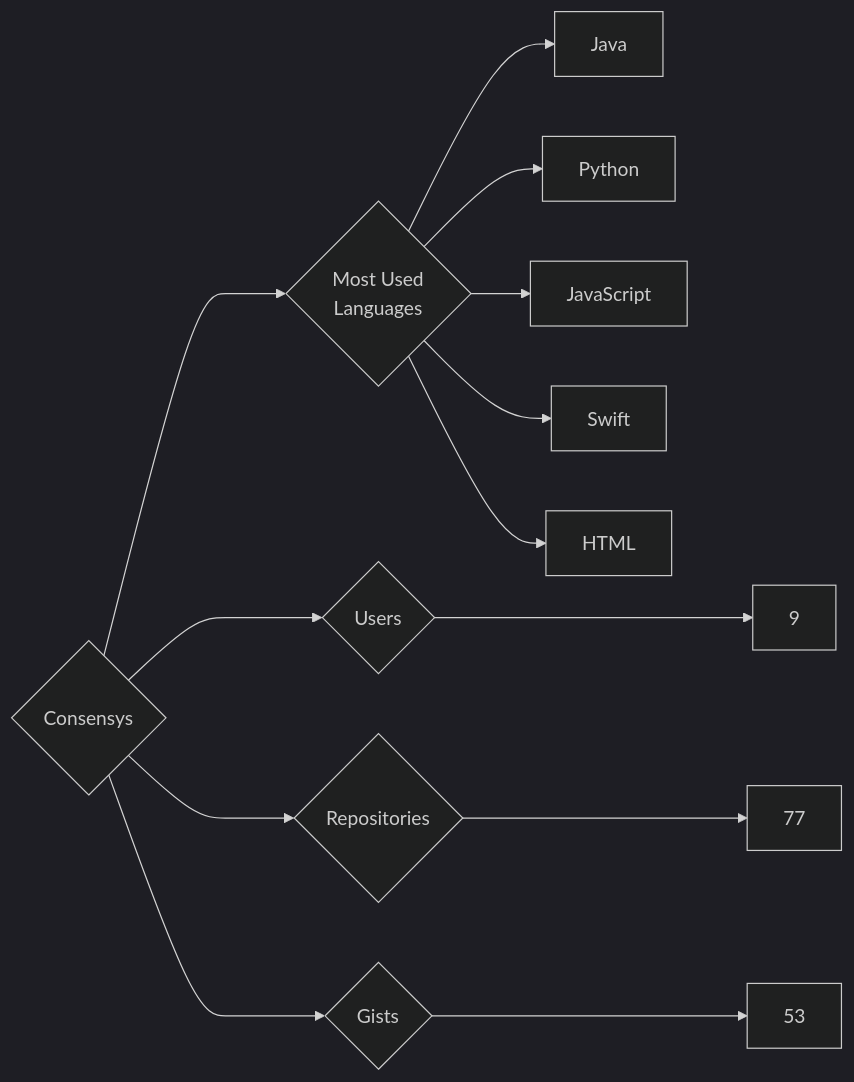
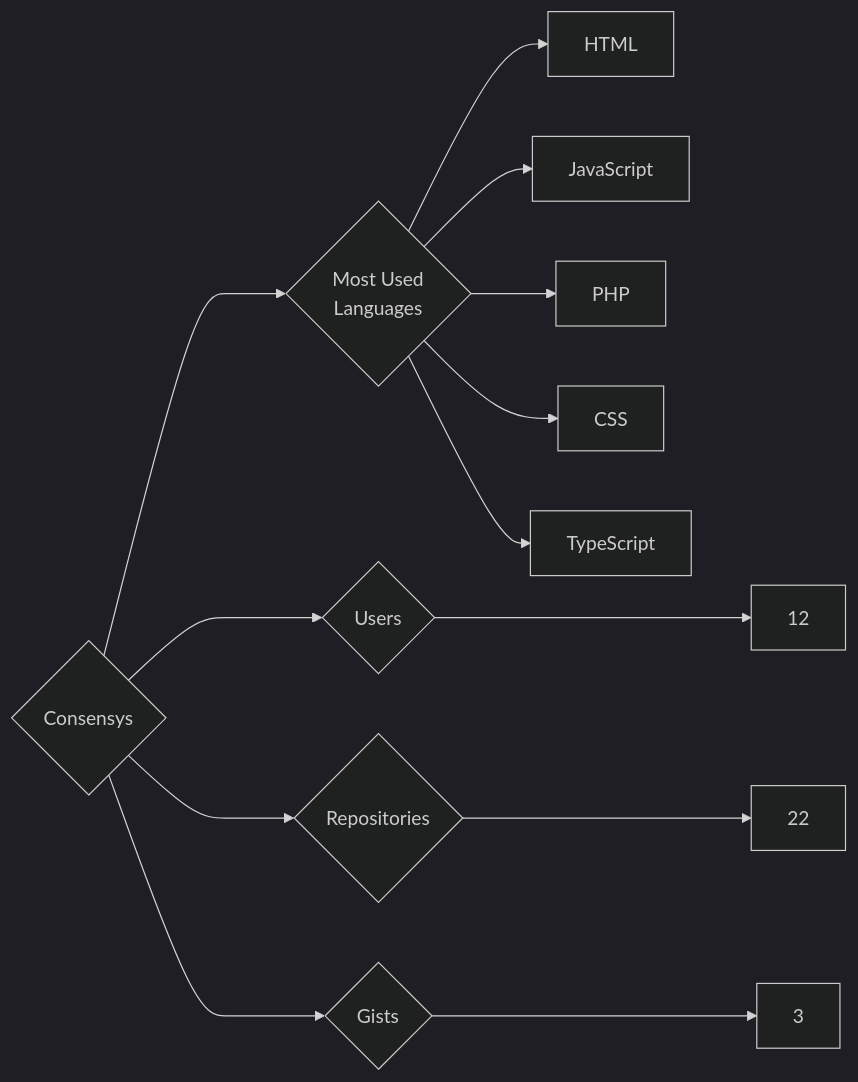
One commit to trickest/insiders changed the diagram in targets/Consensys/README.md. Above: the diagram before and after it, drawn with Mermaid (dark theme). The commit also changed 1123 other files, not shown here.

````diff
--- a/targets/Consensys/README.md
+++ b/targets/Consensys/README.md
@@ -3,13 +3,13 @@
 ```mermaid
 graph LR
 COMPANY_NAME{Consensys}
-COMPANY_NAME ---> U{Users} ---> UN[9]
-COMPANY_NAME ---> R{Repositories} ---> RN[77]
-COMPANY_NAME ---> G{Gists} ---> GN[53]
+COMPANY_NAME ---> U{Users} ---> UN[12]
+COMPANY_NAME ---> R{Repositories} ---> RN[22]
+COMPANY_NAME ---> G{Gists} ---> GN[3]
 COMPANY_NAME ---> ML{Most Used<br>Languages}
-ML --> Java[Java]
-ML --> Python[Python]
+ML --> HTML[HTML]
 ML --> JavaScript[JavaScript]
-ML --> Swift[Swift]
-ML --> HTML[HTML]
+ML --> PHP[PHP]
+ML --> CSS[CSS]
+ML --> TypeScript[TypeScript]
 ```
````
